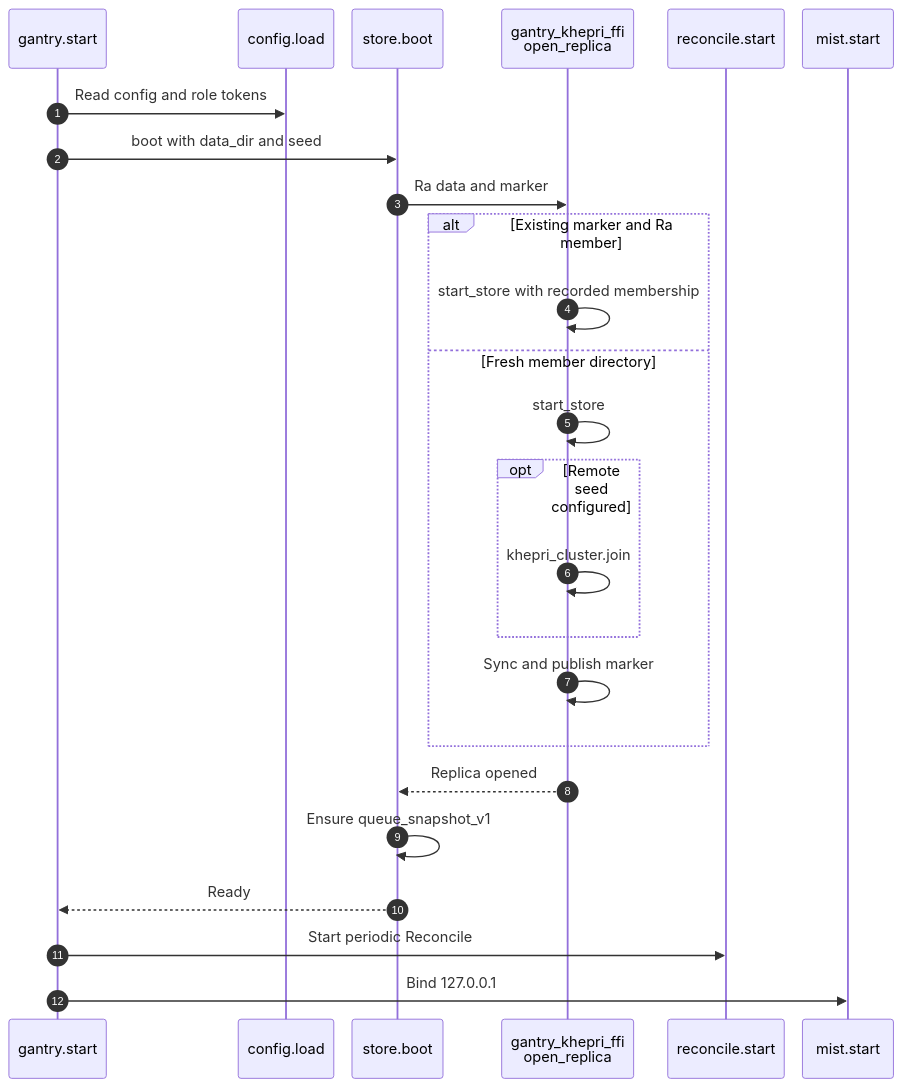
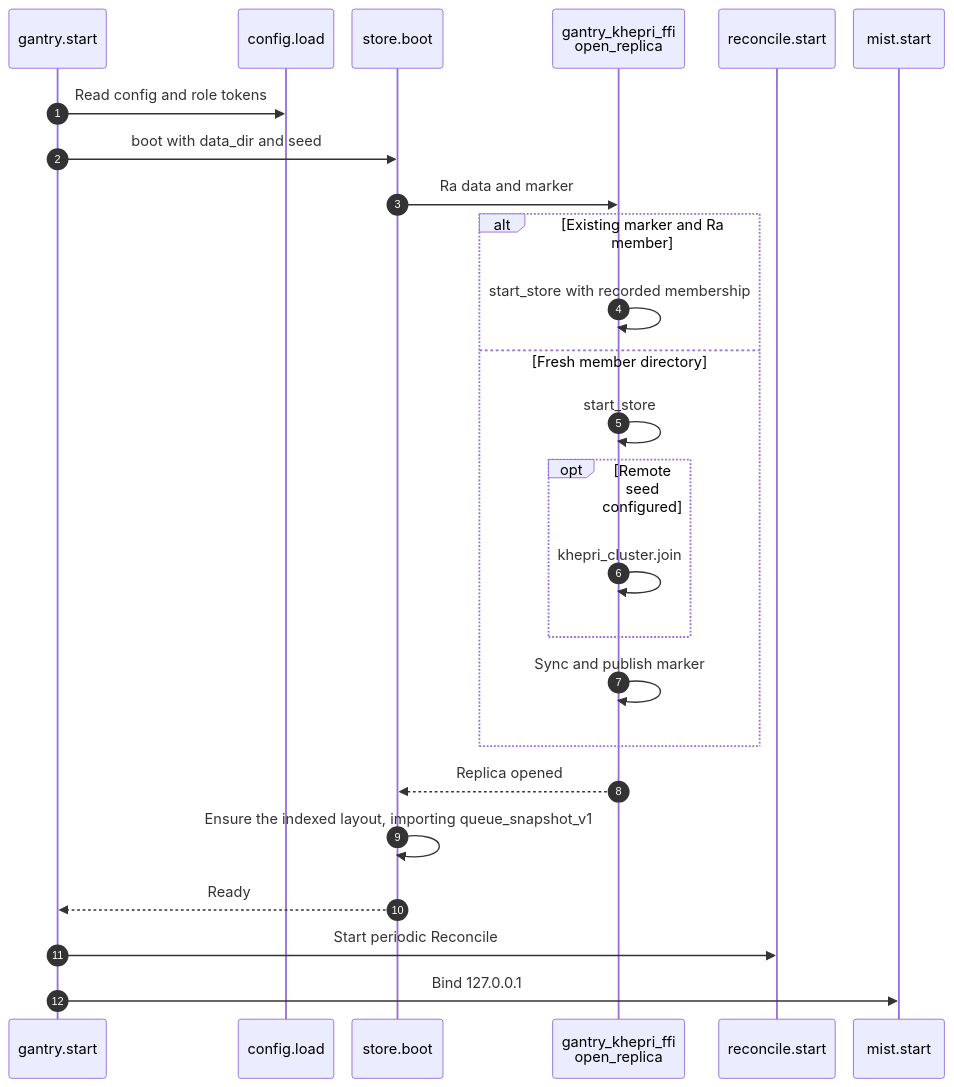
One commit to Roasbeef/gantry changed the second of 7 diagrams in docs/architecture/runtime.md. Above: the diagram before and after it, drawn with Mermaid. The commit also changed other lines of this file and 3 other files, not shown here.

````diff
--- a/docs/architecture/runtime.md
+++ b/docs/architecture/runtime.md
@@ -84,28 +84,28 @@
 ```mermaid
 %%{init: {"sequence": {"actorMargin": 20, "width": 100, "diagramMarginX": 12}} }%%
 sequenceDiagram
     autonumber
     participant Main as gantry.start
     participant Config as config.load
     participant Store as store.boot
     participant Replica as gantry_khepri_ffi<br/>open_replica
     participant Reconciler as reconcile.start
     participant HTTP as mist.start
     Main->>Config: Read config and role tokens
     Main->>Store: boot with data_dir and seed
     Store->>Replica: Ra data and marker
     alt Existing marker and Ra member
         Replica->>Replica: start_store with recorded membership
     else Fresh member directory
         Replica->>Replica: start_store
         opt Remote seed configured
             Replica->>Replica: khepri_cluster.join
         end
         Replica->>Replica: Sync and publish marker
     end
     Replica-->>Store: Replica opened
-    Store->>Store: Ensure queue_snapshot_v1
+    Store->>Store: Ensure the indexed layout, importing queue_snapshot_v1
     Store-->>Main: Ready
     Main->>Reconciler: Start periodic Reconcile
     Main->>HTTP: Bind 127.0.0.1
 ```
````
